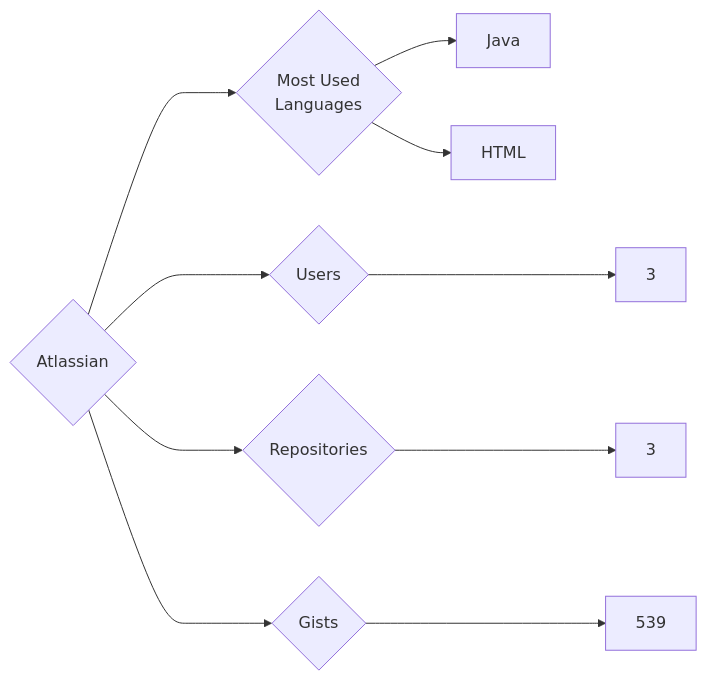
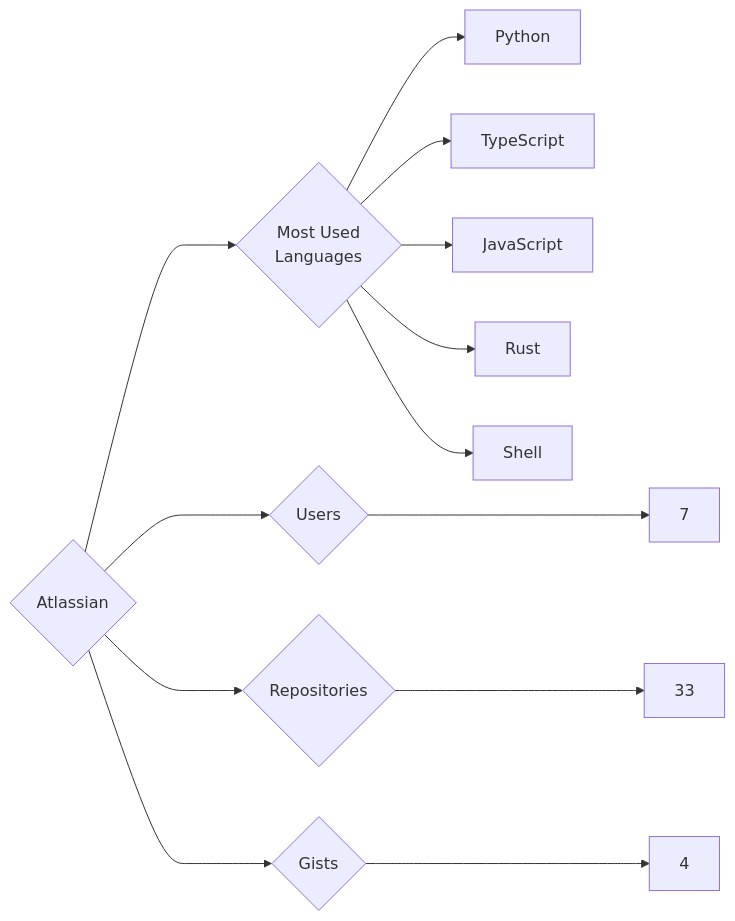
The diagram in targets/Atlassian/README.md (trickest/insiders), drawn with Mermaid before and after one commit. The commit also changed 840 other files, not shown here.

````diff
--- a/targets/Atlassian/README.md
+++ b/targets/Atlassian/README.md
@@ -3,10 +3,13 @@
 ```mermaid
 graph LR
 COMPANY_NAME{Atlassian}
-COMPANY_NAME ---> U{Users} ---> UN[3]
-COMPANY_NAME ---> R{Repositories} ---> RN[3]
-COMPANY_NAME ---> G{Gists} ---> GN[539]
+COMPANY_NAME ---> U{Users} ---> UN[7]
+COMPANY_NAME ---> R{Repositories} ---> RN[33]
+COMPANY_NAME ---> G{Gists} ---> GN[4]
 COMPANY_NAME ---> ML{Most Used<br>Languages}
-ML --> Java[Java]
-ML --> HTML[HTML]
+ML --> Python[Python]
+ML --> TypeScript[TypeScript]
+ML --> JavaScript[JavaScript]
+ML --> Rust[Rust]
+ML --> Shell[Shell]
 ```
````
